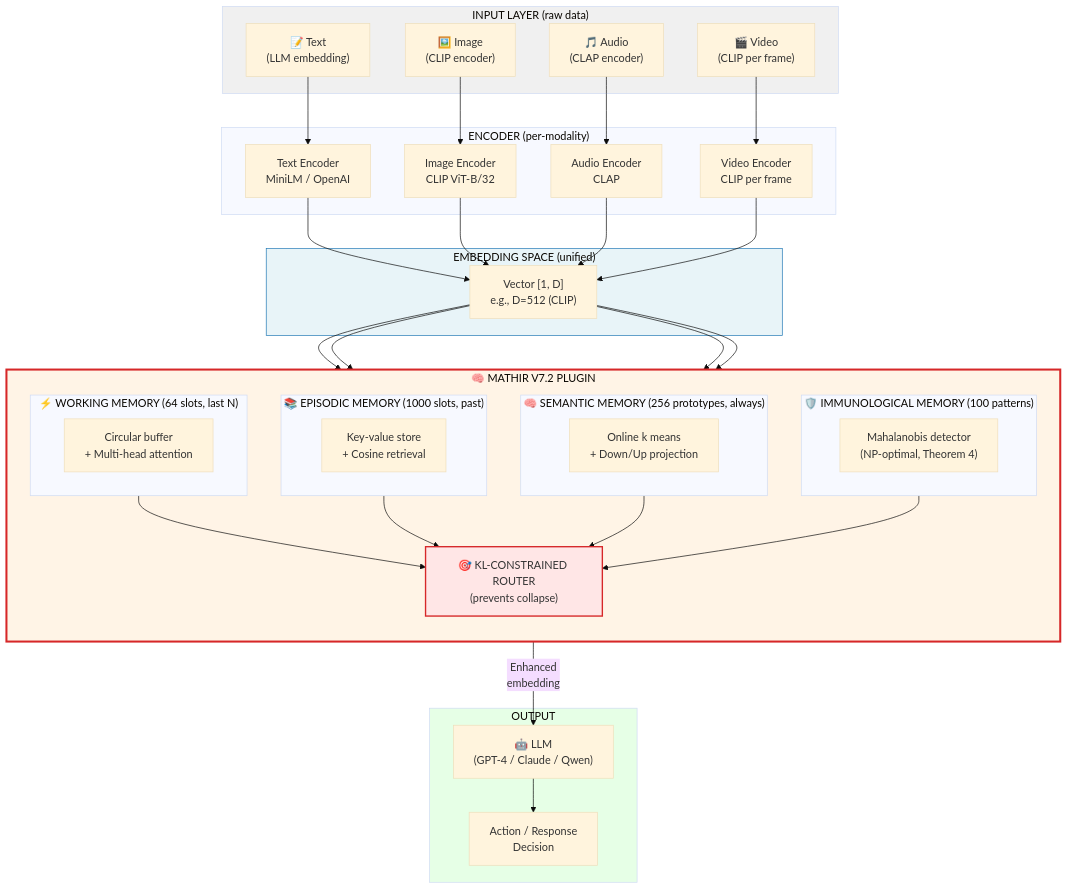
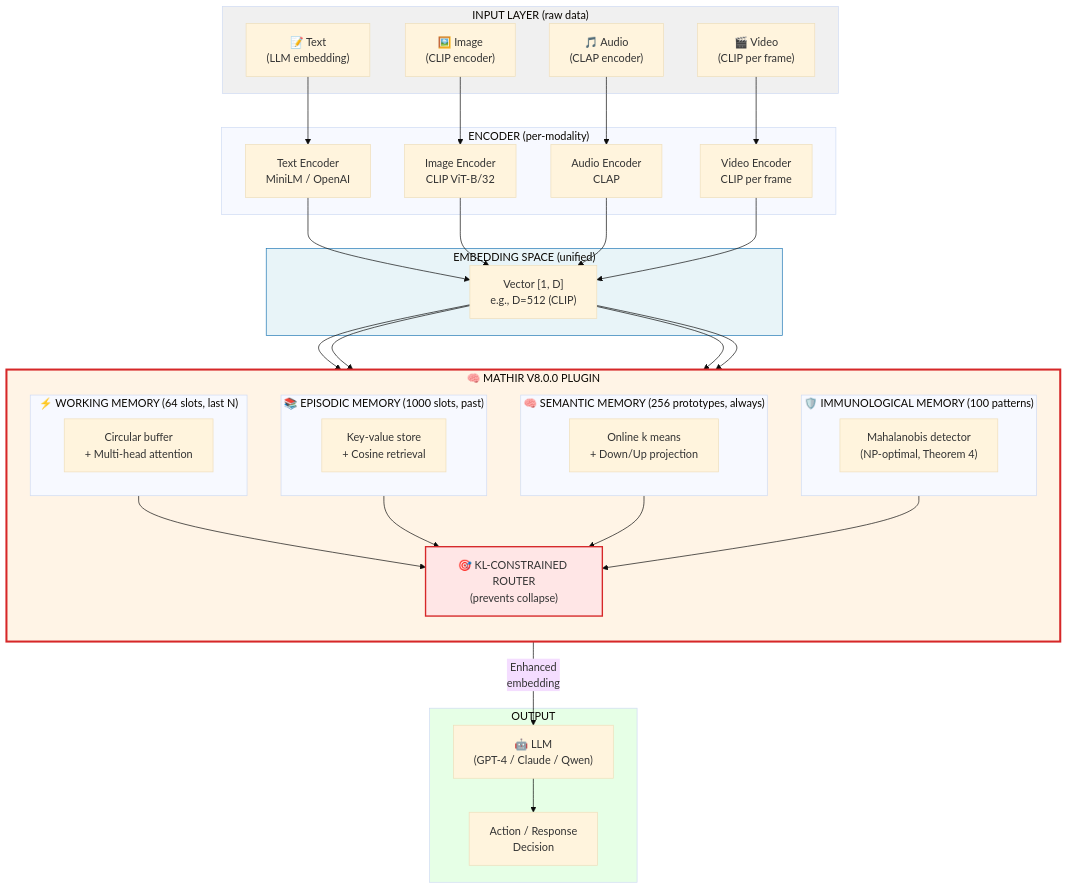
One commit to sil3d/MATHIR changed the first of 10 diagrams in docs/02_MASTER_REFERENCE.md. Above: the diagram before and after it, drawn with Mermaid (base theme). The commit also changed other lines of this file and 131 other files, not shown here.

````diff
--- a/docs/02_MASTER_REFERENCE.md
+++ b/docs/02_MASTER_REFERENCE.md
@@ -98,67 +98,67 @@
 ```mermaid
 flowchart TB
     subgraph IN["INPUT LAYER (raw data)"]
         T["📝 Text<br/>(LLM embedding)"]
         I["🖼️ Image<br/>(CLIP encoder)"]
         A["🎵 Audio<br/>(CLAP encoder)"]
         V["🎬 Video<br/>(CLIP per frame)"]
     end
 
     subgraph ENC["ENCODER (per-modality)"]
         E1["Text Encoder<br/>MiniLM / OpenAI"]
         E2["Image Encoder<br/>CLIP ViT-B/32"]
         E3["Audio Encoder<br/>CLAP"]
         E4["Video Encoder<br/>CLIP per frame"]
     end
 
     subgraph EMB["EMBEDDING SPACE (unified)"]
         EM["Vector [1, D]<br/>e.g., D=512 (CLIP)"]
     end
 
-    subgraph MATHIR["🧠 MATHIR V7.2 PLUGIN"]
+    subgraph MATHIR["🧠 MATHIR V8.0.0 PLUGIN"]
         direction TB
         subgraph W["⚡ WORKING MEMORY (64 slots, last N)"]
             W1["Circular buffer<br/>+ Multi-head attention"]
         end
         subgraph E["📚 EPISODIC MEMORY (1000 slots, past)"]
             E1m["Key-value store<br/>+ Cosine retrieval"]
         end
         subgraph S["🧠 SEMANTIC MEMORY (256 prototypes, always)"]
             S1["Online k means<br/>+ Down/Up projection"]
         end
         subgraph I2["🛡️ IMMUNOLOGICAL MEMORY (100 patterns)"]
             I3["Mahalanobis detector<br/>(NP-optimal, Theorem 4)"]
         end
         ROUTER["🎯 KL-CONSTRAINED ROUTER<br/>(prevents collapse)"]
     end
 
     subgraph OUT["OUTPUT"]
         LLM["🤖 LLM<br/>(GPT-4 / Claude / Qwen)"]
         ACT["Action / Response<br/>Decision"]
     end
 
     T --> E1
     I --> E2
     A --> E3
     V --> E4
     E1 --> EM
     E2 --> EM
     E3 --> EM
     E4 --> EM
     EM --> W
     EM --> E
     EM --> S
     EM --> I2
     W --> ROUTER
     E --> ROUTER
     S --> ROUTER
     I2 --> ROUTER
     ROUTER -->|Enhanced<br/>embedding| LLM
     LLM --> ACT
 
     style MATHIR fill:#fff4e6,stroke:#d62728,stroke-width:3px
     style ROUTER fill:#ffe6e6,stroke:#d62728,stroke-width:2px
     style EMB fill:#e8f4f8,stroke:#1f77b4
     style IN fill:#f0f0f0
     style OUT fill:#e6ffe6
 ```
````
